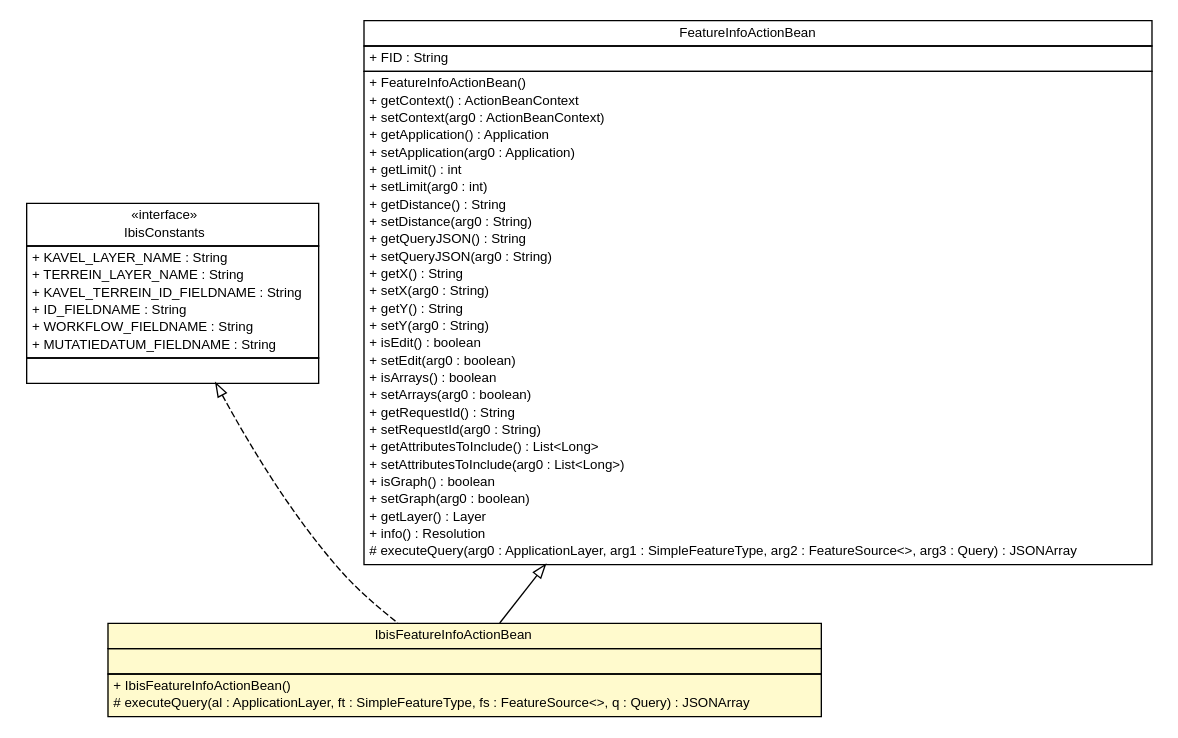
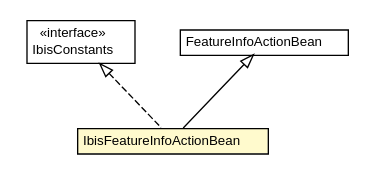
The diagram in ibis-viewer/apidocs/nl/b3p/viewer/stripes/IbisFeatureInfoActionBean.dot (B3Partners/flamingo-ibis), drawn with Graphviz before and after one commit. The commit also changed 145 other files, not shown here.

```diff
--- a/ibis-viewer/apidocs/nl/b3p/viewer/stripes/IbisFeatureInfoActionBean.dot
+++ b/ibis-viewer/apidocs/nl/b3p/viewer/stripes/IbisFeatureInfoActionBean.dot
@@ -1,86 +1,35 @@
 #!/usr/local/bin/dot
 #
 # Class diagram 
 # Generated by UMLGraph version R5_6-24-gf6e263 (http://www.umlgraph.org/)
 #
 
 digraph G {
 	edge [fontname="Helvetica",fontsize=10,labelfontname="Helvetica",labelfontsize=10];
 	node [fontname="Helvetica",fontsize=10,shape=plaintext];
 	nodesep=0.25;
 	ranksep=0.5;
 	// nl.b3p.viewer.stripes.IbisFeatureInfoActionBean
-	c204 [label=<<table title="nl.b3p.viewer.stripes.IbisFeatureInfoActionBean" border="0" cellborder="1" cellspacing="0" cellpadding="2" port="p" bgcolor="lemonChiffon" href="./IbisFeatureInfoActionBean.html">
+	c169 [label=<<table title="nl.b3p.viewer.stripes.IbisFeatureInfoActionBean" border="0" cellborder="1" cellspacing="0" cellpadding="2" port="p" bgcolor="lemonChiffon" href="./IbisFeatureInfoActionBean.html">
 		<tr><td><table border="0" cellspacing="0" cellpadding="1">
 <tr><td align="center" balign="center"> IbisFeatureInfoActionBean </td></tr>
 		</table></td></tr>
-		<tr><td><table border="0" cellspacing="0" cellpadding="1">
-<tr><td align="left" balign="left">  </td></tr>
-		</table></td></tr>
-		<tr><td><table border="0" cellspacing="0" cellpadding="1">
-<tr><td align="left" balign="left"> + IbisFeatureInfoActionBean() </td></tr>
-<tr><td align="left" balign="left"> # executeQuery(al : ApplicationLayer, ft : SimpleFeatureType, fs : FeatureSource&lt;&gt;, q : Query) : JSONArray </td></tr>
-		</table></td></tr>
 		</table>>, URL="./IbisFeatureInfoActionBean.html", fontname="Helvetica", fontcolor="black", fontsize=10.0];
 	// nl.b3p.viewer.ibis.util.IbisConstants
-	c212 [label=<<table title="nl.b3p.viewer.ibis.util.IbisConstants" border="0" cellborder="1" cellspacing="0" cellpadding="2" port="p" href="../ibis/util/IbisConstants.html">
+	c177 [label=<<table title="nl.b3p.viewer.ibis.util.IbisConstants" border="0" cellborder="1" cellspacing="0" cellpadding="2" port="p" href="../ibis/util/IbisConstants.html">
 		<tr><td><table border="0" cellspacing="0" cellpadding="1">
 <tr><td align="center" balign="center"> &#171;interface&#187; </td></tr>
 <tr><td align="center" balign="center"> IbisConstants </td></tr>
 		</table></td></tr>
-		<tr><td><table border="0" cellspacing="0" cellpadding="1">
-<tr><td align="left" balign="left"> + KAVEL_LAYER_NAME : String </td></tr>
-<tr><td align="left" balign="left"> + TERREIN_LAYER_NAME : String </td></tr>
-<tr><td align="left" balign="left"> + KAVEL_TERREIN_ID_FIELDNAME : String </td></tr>
-<tr><td align="left" balign="left"> + ID_FIELDNAME : String </td></tr>
-<tr><td align="left" balign="left"> + WORKFLOW_FIELDNAME : String </td></tr>
-<tr><td align="left" balign="left"> + MUTATIEDATUM_FIELDNAME : String </td></tr>
-		</table></td></tr>
-		<tr><td><table border="0" cellspacing="0" cellpadding="1">
-<tr><td align="left" balign="left">  </td></tr>
-		</table></td></tr>
 		</table>>, URL="../ibis/util/IbisConstants.html", fontname="Helvetica", fontcolor="black", fontsize=10.0];
 	//nl.b3p.viewer.stripes.IbisFeatureInfoActionBean extends nl.b3p.viewer.stripes.FeatureInfoActionBean
-	c214:p -> c204:p [dir=back,arrowtail=empty];
+	c179:p -> c169:p [dir=back,arrowtail=empty];
 	//nl.b3p.viewer.stripes.IbisFeatureInfoActionBean implements nl.b3p.viewer.ibis.util.IbisConstants
-	c212:p -> c204:p [dir=back,arrowtail=empty,style=dashed];
+	c177:p -> c169:p [dir=back,arrowtail=empty,style=dashed];
 	// nl.b3p.viewer.stripes.FeatureInfoActionBean
-	c214 [label=<<table title="nl.b3p.viewer.stripes.FeatureInfoActionBean" border="0" cellborder="1" cellspacing="0" cellpadding="2" port="p">
+	c179 [label=<<table title="nl.b3p.viewer.stripes.FeatureInfoActionBean" border="0" cellborder="1" cellspacing="0" cellpadding="2" port="p">
 		<tr><td><table border="0" cellspacing="0" cellpadding="1">
 <tr><td align="center" balign="center"> FeatureInfoActionBean </td></tr>
 		</table></td></tr>
-		<tr><td><table border="0" cellspacing="0" cellpadding="1">
-<tr><td align="left" balign="left"> + FID : String </td></tr>
-		</table></td></tr>
-		<tr><td><table border="0" cellspacing="0" cellpadding="1">
-<tr><td align="left" balign="left"> + FeatureInfoActionBean() </td></tr>
-<tr><td align="left" balign="left"> + getContext() : ActionBeanContext </td></tr>
-<tr><td align="left" balign="left"> + setContext(arg0 : ActionBeanContext) </td></tr>
-<tr><td align="left" balign="left"> + getApplication() : Application </td></tr>
-<tr><td align="left" balign="left"> + setApplication(arg0 : Application) </td></tr>
-<tr><td align="left" balign="left"> + getLimit() : int </td></tr>
-<tr><td align="left" balign="left"> + setLimit(arg0 : int) </td></tr>
-<tr><td align="left" balign="left"> + getDistance() : String </td></tr>
-<tr><td align="left" balign="left"> + setDistance(arg0 : String) </td></tr>
-<tr><td align="left" balign="left"> + getQueryJSON() : String </td></tr>
-<tr><td align="left" balign="left"> + setQueryJSON(arg0 : String) </td></tr>
-<tr><td align="left" balign="left"> + getX() : String </td></tr>
-<tr><td align="left" balign="left"> + setX(arg0 : String) </td></tr>
-<tr><td align="left" balign="left"> + getY() : String </td></tr>
-<tr><td align="left" balign="left"> + setY(arg0 : String) </td></tr>
-<tr><td align="left" balign="left"> + isEdit() : boolean </td></tr>
-<tr><td align="left" balign="left"> + setEdit(arg0 : boolean) </td></tr>
-<tr><td align="left" balign="left"> + isArrays() : boolean </td></tr>
-<tr><td align="left" balign="left"> + setArrays(arg0 : boolean) </td></tr>
-<tr><td align="left" balign="left"> + getRequestId() : String </td></tr>
-<tr><td align="left" balign="left"> + setRequestId(arg0 : String) </td></tr>
-<tr><td align="left" balign="left"> + getAttributesToInclude() : List&lt;Long&gt; </td></tr>
-<tr><td align="left" balign="left"> + setAttributesToInclude(arg0 : List&lt;Long&gt;) </td></tr>
-<tr><td align="left" balign="left"> + isGraph() : boolean </td></tr>
-<tr><td align="left" balign="left"> + setGraph(arg0 : boolean) </td></tr>
-<tr><td align="left" balign="left"> + getLayer() : Layer </td></tr>
-<tr><td align="left" balign="left"> + info() : Resolution </td></tr>
-<tr><td align="left" balign="left"> # executeQuery(arg0 : ApplicationLayer, arg1 : SimpleFeatureType, arg2 : FeatureSource&lt;&gt;, arg3 : Query) : JSONArray </td></tr>
-		</table></td></tr>
 		</table>>, URL="null", fontname="Helvetica", fontcolor="black", fontsize=10.0];
 }
```
